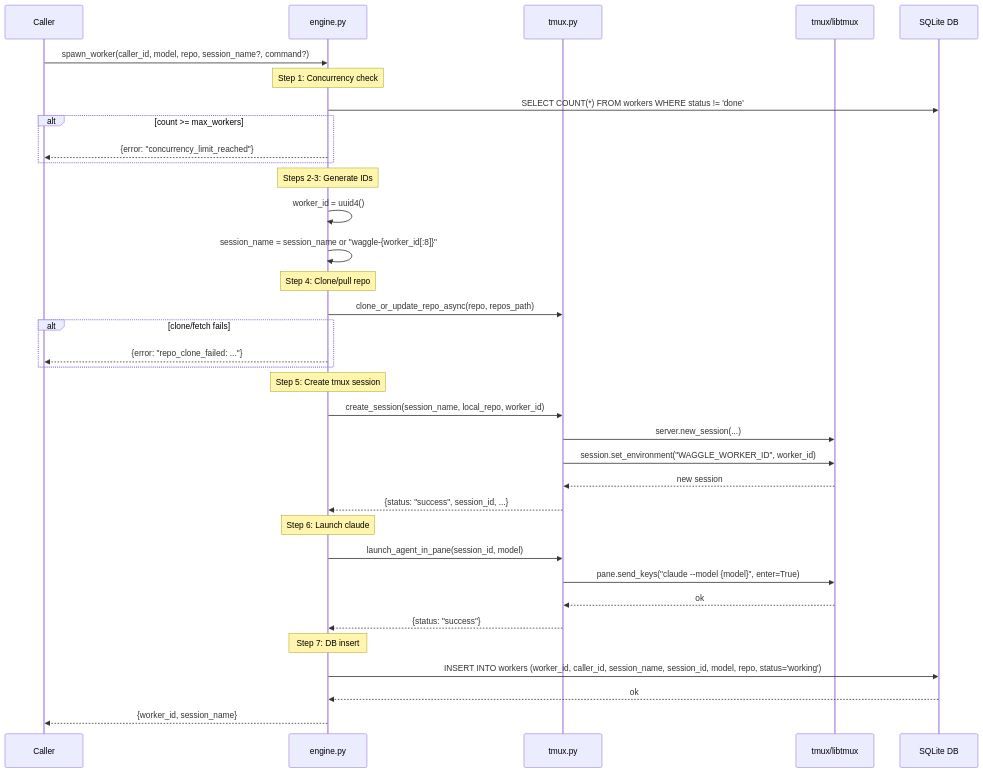
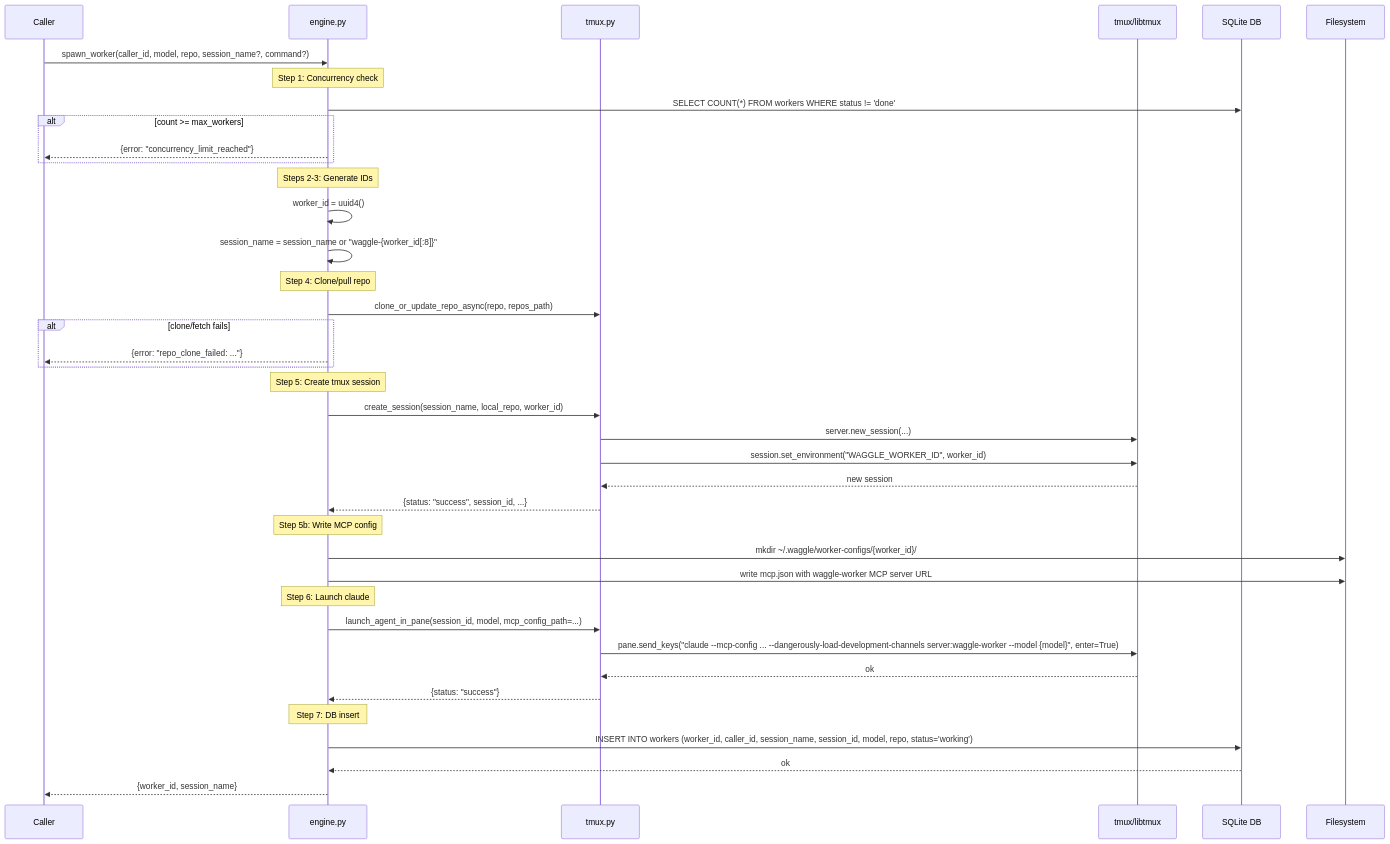
The diagram in docs/architecture/spawn_worker.md (gabemahoney/waggle), drawn with Mermaid before and after one commit. The commit also changed other lines of this file and 5 other files, not shown here.

First line of the commit message:
Epic 3 Task 2: Per-worker MCP config and Claude Channels launch flags (t2.psk.mc.mf)

````diff
--- a/docs/architecture/spawn_worker.md
+++ b/docs/architecture/spawn_worker.md
@@ -42,45 +78,50 @@
 ```mermaid
 sequenceDiagram
     participant C as Caller
     participant E as engine.py
     participant TM as tmux.py
     participant TX as tmux/libtmux
     participant DB as SQLite DB
+    participant FS as Filesystem
 
     C->>E: spawn_worker(caller_id, model, repo, session_name?, command?)
 
     Note over E: Step 1: Concurrency check
     E->>DB: SELECT COUNT(*) FROM workers WHERE status != 'done'
     alt count >= max_workers
         E-->>C: {error: "concurrency_limit_reached"}
     end
 
     Note over E: Steps 2-3: Generate IDs
     E->>E: worker_id = uuid4()
     E->>E: session_name = session_name or "waggle-{worker_id[:8]}"
 
     Note over E: Step 4: Clone/pull repo
     E->>TM: clone_or_update_repo_async(repo, repos_path)
     alt clone/fetch fails
         E-->>C: {error: "repo_clone_failed: ..."}
     end
 
     Note over E: Step 5: Create tmux session
     E->>TM: create_session(session_name, local_repo, worker_id)
     TM->>TX: server.new_session(...)
     TM->>TX: session.set_environment("WAGGLE_WORKER_ID", worker_id)
     TX-->>TM: new session
     TM-->>E: {status: "success", session_id, ...}
 
+    Note over E: Step 5b: Write MCP config
+    E->>FS: mkdir ~/.waggle/worker-configs/{worker_id}/
+    E->>FS: write mcp.json with waggle-worker MCP server URL
+
     Note over E: Step 6: Launch claude
-    E->>TM: launch_agent_in_pane(session_id, model)
-    TM->>TX: pane.send_keys("claude --model {model}", enter=True)
+    E->>TM: launch_agent_in_pane(session_id, model, mcp_config_path=...)
+    TM->>TX: pane.send_keys("claude --mcp-config ... --dangerously-load-development-channels server:waggle-worker --model {model}", enter=True)
     TX-->>TM: ok
     TM-->>E: {status: "success"}
 
     Note over E: Step 7: DB insert
     E->>DB: INSERT INTO workers (worker_id, caller_id, session_name, session_id, model, repo, status='working')
     DB-->>E: ok
 
     E-->>C: {worker_id, session_name}
 ```
````
